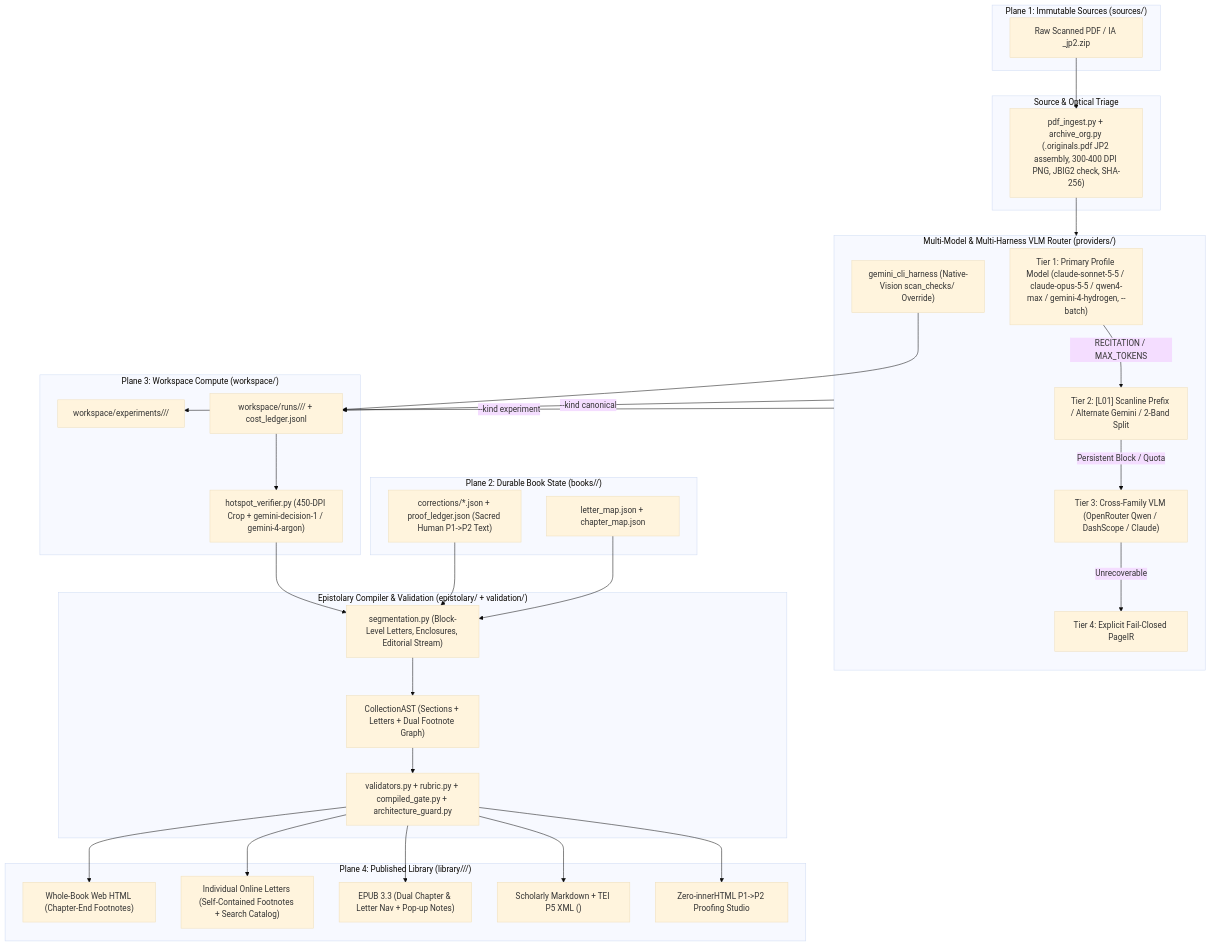
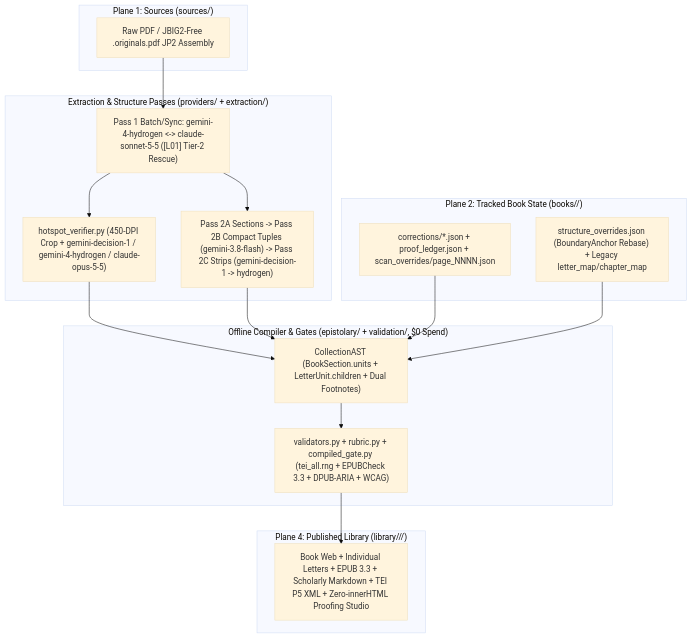
One commit to bebhuvan/paper-lanterns-pipeline changed the diagram in docs/ARCHITECTURE.md. Above: the diagram before and after it, drawn with Mermaid (base theme). The commit also changed other lines of this file and 20 other files, not shown here.

````diff
--- a/docs/ARCHITECTURE.md
+++ b/docs/ARCHITECTURE.md
@@ -11,63 +11,33 @@
 ```mermaid
 flowchart TD
-    subgraph Plane1["Plane 1: Immutable Sources (sources/)"]
-        PDF["Raw Scanned PDF / IA _jp2.zip"]
+    subgraph Plane1["Plane 1: Sources (sources/)"]
+        PDF["Raw PDF / JBIG2-Free .originals.pdf JP2 Assembly"]
     end
 
-    subgraph Ingest["Source & Optical Triage"]
-        TRIAGE["pdf_ingest.py + archive_org.py (.originals.pdf JP2 assembly, 300-400 DPI PNG, JBIG2 check, SHA-256)"]
+    subgraph Extract["Extraction & Structure Passes (providers/ + extraction/)"]
+        P1["Pass 1 Batch/Sync: gemini-4-hydrogen <-> claude-sonnet-5-5 ([L01] Tier-2 Rescue)"]
+        P2["Pass 2A Sections -> Pass 2B Compact Tuples (gemini-3.8-flash) -> Pass 2C Strips (gemini-decision-1 -> hydrogen)"]
+        HOT["hotspot_verifier.py (450-DPI Crop + gemini-decision-1 / gemini-4-hydrogen / claude-opus-5-5)"]
     end
 
-    subgraph Router["Multi-Model & Multi-Harness VLM Router (providers/)"]
-        T1["Tier 1: Primary Profile Model (claude-sonnet-5-5 / claude-opus-5-5 / qwen4-max / gemini-4-hydrogen, --batch)"]
-        T2["Tier 2: [L01] Scanline Prefix / Alternate Gemini / 2-Band Split"]
-        T3["Tier 3: Cross-Family VLM (OpenRouter Qwen / DashScope / Claude)"]
-        T4["Tier 4: Explicit Fail-Closed PageIR"]
-        CLI_H["gemini_cli_harness (Native-Vision scan_checks/ Override)"]
-        T1 -->|"RECITATION / MAX_TOKENS"| T2
-        T2 -->|"Persistent Block / Quota"| T3
-        T3 -->|"Unrecoverable"| T4
+    subgraph Plane2["Plane 2: Tracked Book State (books/<book_id>/)"]
+        PROOF["corrections/*.json + proof_ledger.json + scan_overrides/page_NNNN.json"]
+        SOVR["structure_overrides.json (BoundaryAnchor Rebase) + Legacy letter_map/chapter_map"]
     end
 
-    subgraph Plane3["Plane 3: Workspace Compute (workspace/)"]
-        EXP["workspace/experiments/<book>/<exp_id>/"]
-        RUNS["workspace/runs/<book>/<run_id>/ + cost_ledger.jsonl"]
-        HOT["hotspot_verifier.py (450-DPI Crop + gemini-decision-1 / gemini-4-argon)"]
-    end
-
-    subgraph Plane2["Plane 2: Durable Book State (books/<book_id>/)"]
-        CORR["corrections/*.json + proof_ledger.json (Sacred Human P1->P2 Text)"]
-        LMAP["letter_map.json + chapter_map.json"]
-    end
-
-    subgraph Compiler["Epistolary Compiler & Validation (epistolary/ + validation/)"]
-        SEG["segmentation.py (Block-Level Letters, Enclosures, Editorial Stream)"]
-        AST["CollectionAST (Sections + Letters + Dual Footnote Graph)"]
-        VAL["validators.py + rubric.py + compiled_gate.py + architecture_guard.py"]
+    subgraph Compile["Offline Compiler & Gates (epistolary/ + validation/, $0 Spend)"]
+        AST["CollectionAST (BookSection.units + LetterUnit.children + Dual Footnotes)"]
+        GATE["validators.py + rubric.py + compiled_gate.py (tei_all.rng + EPUBCheck 3.3 + DPUB-ARIA + WCAG)"]
     end
 
     subgraph Plane4["Plane 4: Published Library (library/<collection>/<book_id>/)"]
-        WEB["Whole-Book Web HTML (Chapter-End Footnotes)"]
-        LET["Individual Online Letters (Self-Contained Footnotes + Search Catalog)"]
-        EPUB["EPUB 3.3 (Dual Chapter & Letter Nav + Pop-up Notes)"]
-        MDTEI["Scholarly Markdown + TEI P5 XML (<correspDesc>)"]
-        PROOF["Zero-innerHTML P1->P2 Proofing Studio"]
+        OUT["Book Web + Individual Letters + EPUB 3.3 + Scholarly Markdown + TEI P5 XML + Zero-innerHTML Proofing Studio"]
     end
 
-    PDF --> TRIAGE
-    TRIAGE --> Router
-    CLI_H --> RUNS
-    Router -->|"--kind experiment"| EXP
-    Router -->|"--kind canonical"| RUNS
-    RUNS --> HOT
-    HOT --> SEG
-    CORR --> SEG
-    LMAP --> SEG
-    SEG --> AST
-    AST --> VAL
-    VAL --> WEB
-    VAL --> LET
-    VAL --> EPUB
-    VAL --> MDTEI
-    VAL --> PROOF
+    PDF --> P1 --> P2
+    P1 --> HOT --> AST
+    P2 --> AST
+    PROOF --> AST
+    SOVR --> AST
+    AST --> GATE --> OUT
 ```
````
